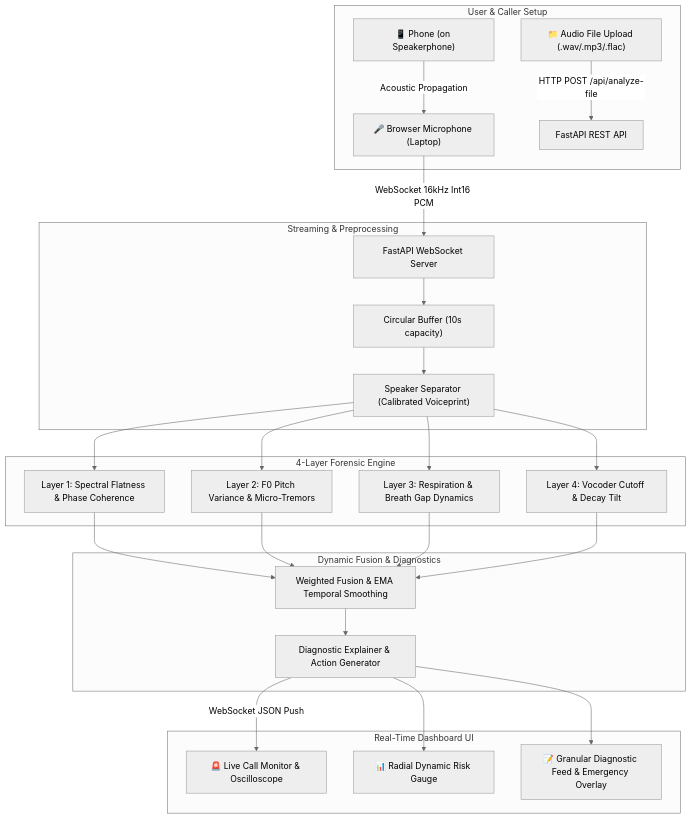
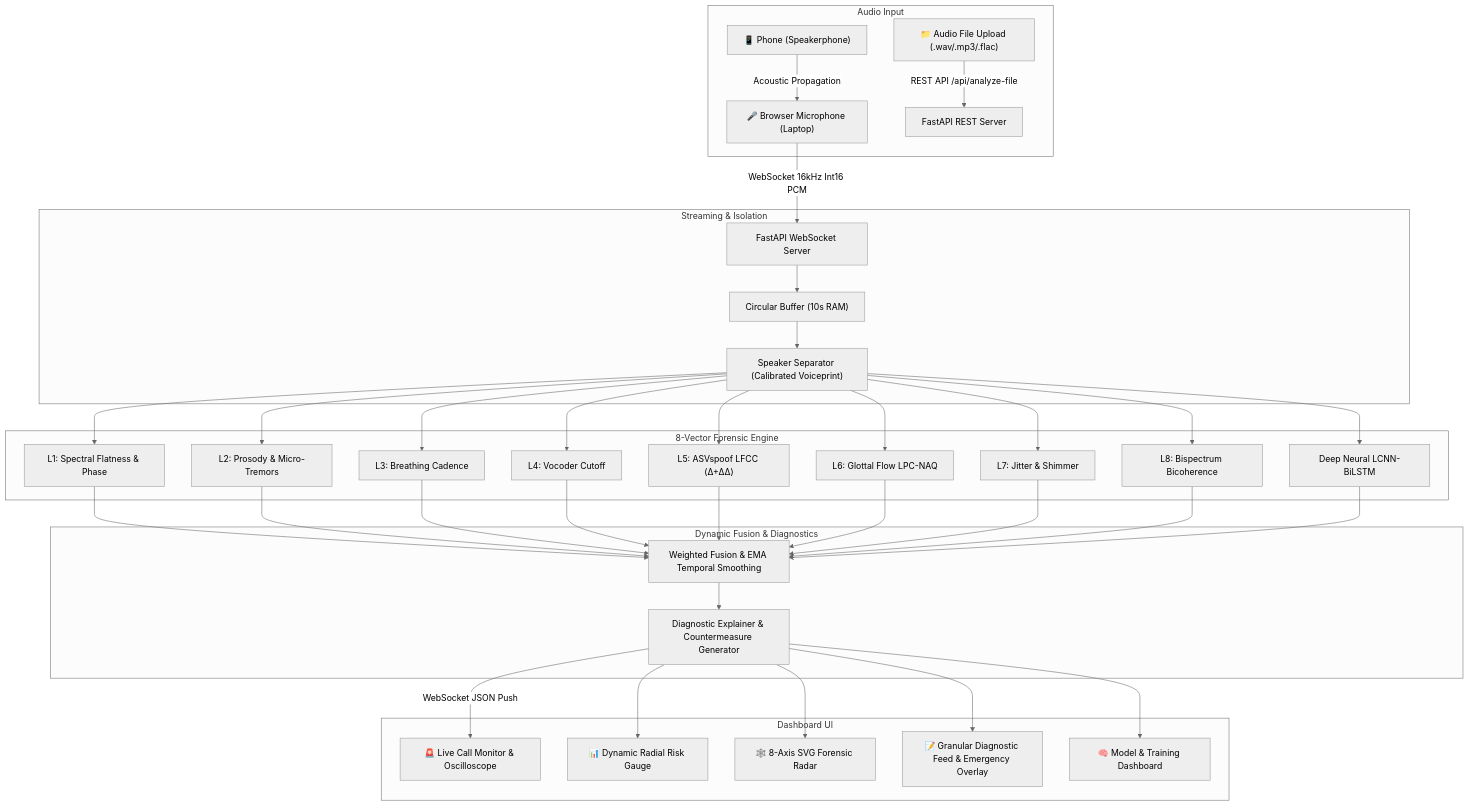
One commit to aditya61139/SIH_2026 changed the diagram in README.md. Above: the diagram before and after it, drawn with Mermaid (neutral theme). The commit also changed other lines of this file and 53 other files, not shown here.

````diff
--- a/README.md
+++ b/README.md
@@ -25,31 +32,38 @@
 ```mermaid
 graph TB
-    subgraph User & Caller Setup
-        A["📱 Phone (on Speakerphone)"] -->|Acoustic Propagation| B["🎤 Browser Microphone (Laptop)"]
-        C["📁 Audio File Upload (.wav/.mp3/.flac)"] -->|HTTP POST /api/analyze-file| D["FastAPI REST API"]
+    subgraph Audio Input
+        A["📱 Phone (Speakerphone)"] -->|Acoustic Propagation| B["🎤 Browser Microphone (Laptop)"]
+        C["📁 Audio File Upload (.wav/.mp3/.flac)"] -->|REST API /api/analyze-file| D["FastAPI REST Server"]
     end
 
-    subgraph Streaming & Preprocessing
+    subgraph Streaming & Isolation
         B -->|WebSocket 16kHz Int16 PCM| E["FastAPI WebSocket Server"]
-        E --> F["Circular Buffer (10s capacity)"]
+        E --> F["Circular Buffer (10s RAM)"]
         F --> G["Speaker Separator (Calibrated Voiceprint)"]
     end
 
-    subgraph 4-Layer Forensic Engine
-        G --> H["Layer 1: Spectral Flatness & Phase Coherence"]
-        G --> I["Layer 2: F0 Pitch Variance & Micro-Tremors"]
-        G --> J["Layer 3: Respiration & Breath Gap Dynamics"]
-        G --> K["Layer 4: Vocoder Cutoff & Decay Tilt"]
+    subgraph 8-Vector Forensic Engine
+        G --> H1["L1: Spectral Flatness & Phase"]
+        G --> H2["L2: Prosody & Micro-Tremors"]
+        G --> H3["L3: Breathing Cadence"]
+        G --> H4["L4: Vocoder Cutoff"]
+        G --> H5["L5: ASVspoof LFCC (Δ+ΔΔ)"]
+        G --> H6["L6: Glottal Flow LPC-NAQ"]
+        G --> H7["L7: Jitter & Shimmer"]
+        G --> H8["L8: Bispectrum Bicoherence"]
+        G --> H9["Deep Neural LCNN-BiLSTM"]
     end
 
     subgraph Dynamic Fusion & Diagnostics
-        H & I & J & K --> L["Weighted Fusion & EMA Temporal Smoothing"]
-        L --> M["Diagnostic Explainer & Action Generator"]
+        H1 & H2 & H3 & H4 & H5 & H6 & H7 & H8 & H9 --> I["Weighted Fusion & EMA Temporal Smoothing"]
+        I --> J["Diagnostic Explainer & Countermeasure Generator"]
     end
 
-    subgraph Real-Time Dashboard UI
-        M -->|WebSocket JSON Push| N["🚨 Live Call Monitor & Oscilloscope"]
-        M --> O["📊 Radial Dynamic Risk Gauge"]
-        M --> P["📝 Granular Diagnostic Feed & Emergency Overlay"]
+    subgraph Dashboard UI
+        J -->|WebSocket JSON Push| K["🚨 Live Call Monitor & Oscilloscope"]
+        J --> L["📊 Dynamic Radial Risk Gauge"]
+        J --> M["🕸️ 8-Axis SVG Forensic Radar"]
+        J --> N["📝 Granular Diagnostic Feed & Emergency Overlay"]
+        J --> O["🧠 Model & Training Dashboard"]
     end
 ```
````
